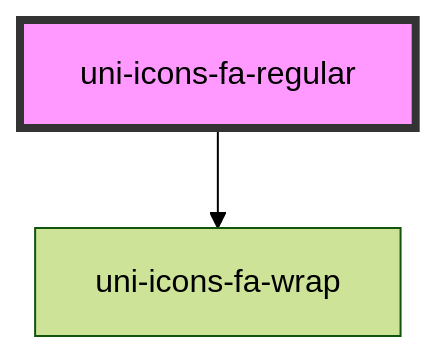
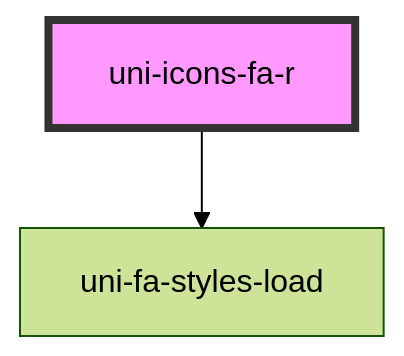
Before and after one commit to uiwebkit/icons: the diagram in src/components/icons-fa/regular/@element/readme.md, drawn with Mermaid (forest theme). The commit also changed other lines of this file and 25 other files, not shown here.

Commit message:
add: icon fa - github, npm, chart-line

````diff
--- a/src/components/icons-fa/regular/@element/readme.md
+++ b/src/components/icons-fa/regular/@element/readme.md
@@ -28,5 +29,5 @@
 ```mermaid
 graph TD;
-  uni-icons-fa-regular --> uni-icons-fa-wrap
-  style uni-icons-fa-regular fill:#f9f,stroke:#333,stroke-width:4px
+  uni-icons-fa-r --> uni-fa-styles-load
+  style uni-icons-fa-r fill:#f9f,stroke:#333,stroke-width:4px
 ```
````
